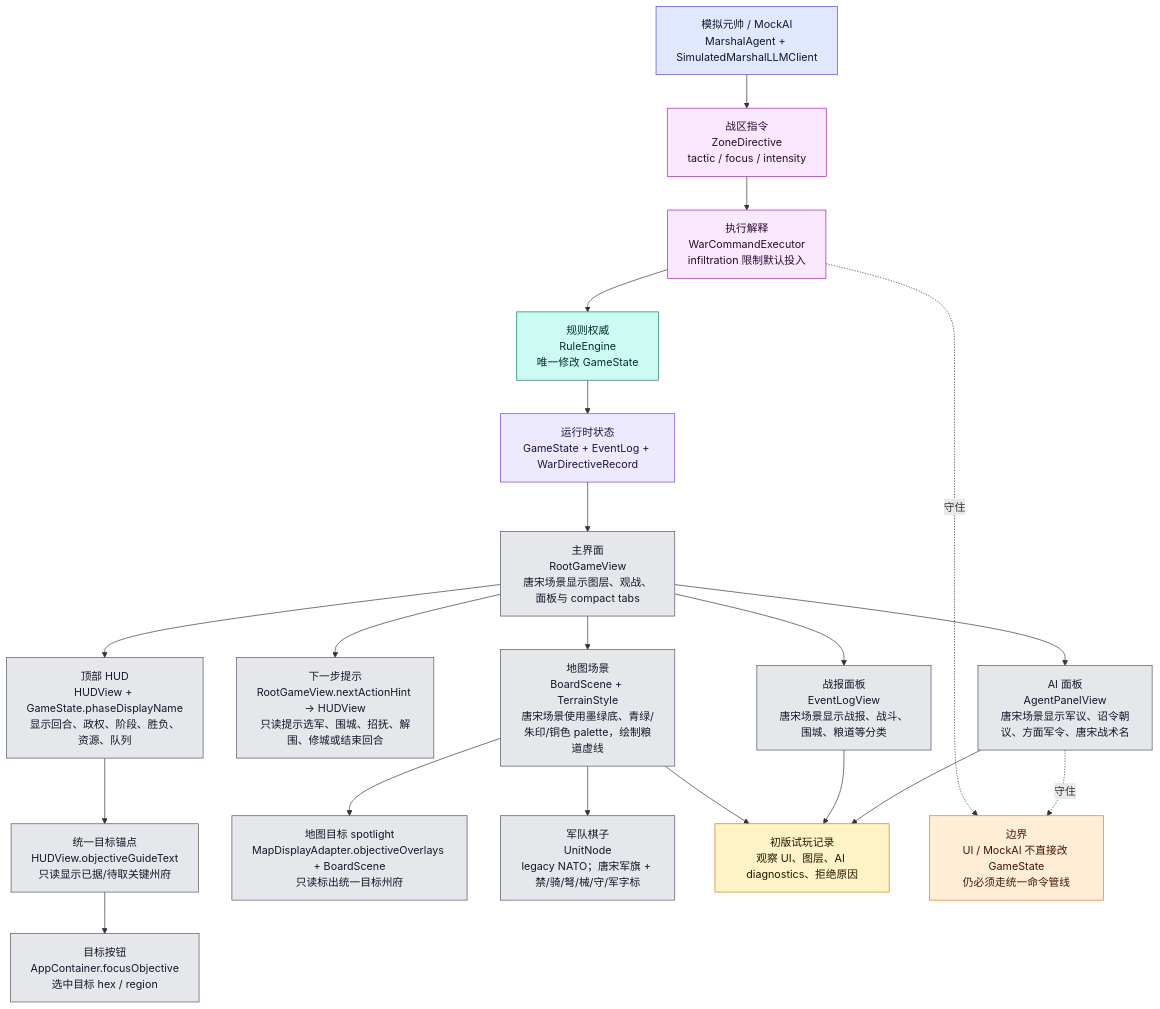
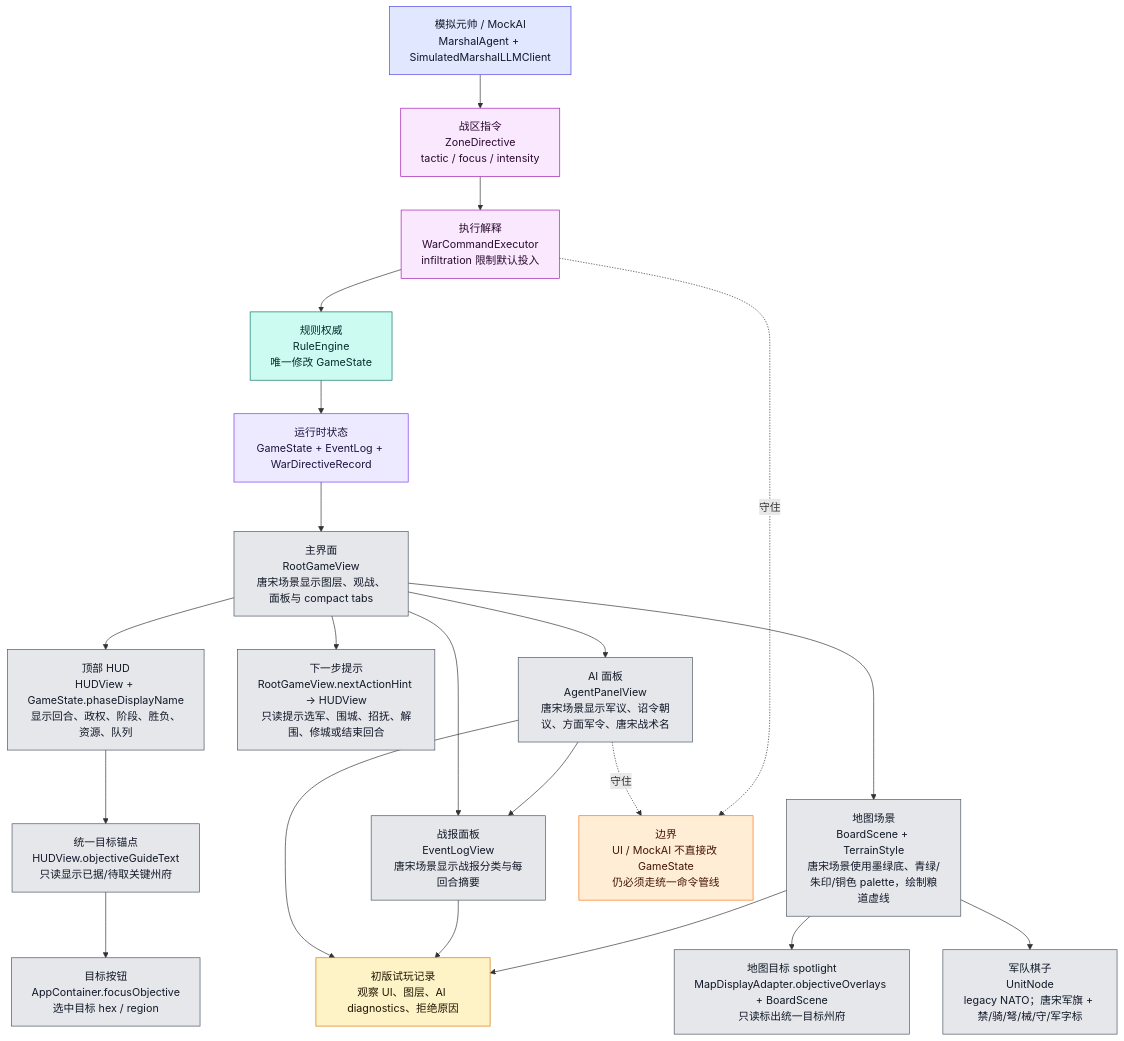
Before and after one commit to Altman-sam114/125: the tenth of 12 diagrams in md/flow/flowchart.md, drawn with Mermaid. The commit also changed other lines of this file and 8 other files, not shown here.

````diff
--- a/md/flow/flowchart.md
+++ b/md/flow/flowchart.md
@@ -541,45 +544,46 @@
 ```mermaid
 flowchart TD
     STATE["运行时状态<br/>GameState + EventLog + WarDirectiveRecord"]:::state
     ROOT["主界面<br/>RootGameView<br/>唐宋场景显示图层、观战、面板与 compact tabs"]:::ui
     HUD["顶部 HUD<br/>HUDView + GameState.phaseDisplayName<br/>显示回合、政权、阶段、胜负、资源、队列"]:::ui
     GOAL["统一目标锚点<br/>HUDView.objectiveGuideText<br/>只读显示已据/待取关键州府"]:::ui
     FOCUS["目标按钮<br/>AppContainer.focusObjective<br/>选中目标 hex / region"]:::ui
     SPOTLIGHT["地图目标 spotlight<br/>MapDisplayAdapter.objectiveOverlays + BoardScene<br/>只读标出统一目标州府"]:::ui
     HINT["下一步提示<br/>RootGameView.nextActionHint -> HUDView<br/>只读提示选军、围城、招抚、解围、修城或结束回合"]:::ui
-    LOG["战报面板<br/>EventLogView<br/>唐宋场景显示战报、战斗、围城、粮道等分类"]:::ui
+    LOG["战报面板<br/>EventLogView<br/>唐宋场景显示战报分类与每回合摘要"]:::ui
     AIUI["AI 面板<br/>AgentPanelView<br/>唐宋场景显示军议、诏令朝议、方面军令、唐宋战术名"]:::ui
     BOARD["地图场景<br/>BoardScene + TerrainStyle<br/>唐宋场景使用墨绿底、青绿/朱印/铜色 palette，绘制粮道虚线"]:::ui
     UNIT["军队棋子<br/>UnitNode<br/>legacy NATO；唐宋军旗 + 禁/骑/弩/械/守/军字标"]:::ui
     MARSHAL["模拟元帅 / MockAI<br/>MarshalAgent + SimulatedMarshalLLMClient"]:::ai
     ZD["战区指令<br/>ZoneDirective<br/>tactic / focus / intensity"]:::command
     WCE["执行解释<br/>WarCommandExecutor<br/>infiltration 限制默认投入"]:::command
     RULE["规则权威<br/>RuleEngine<br/>唯一修改 GameState"]:::rules
     PLAYTEST["初版试玩记录<br/>观察 UI、图层、AI diagnostics、拒绝原因"]:::doc
 
     STATE --> ROOT
     ROOT --> HUD
     HUD --> GOAL --> FOCUS
     BOARD --> SPOTLIGHT
     ROOT --> HINT
     ROOT --> LOG
     ROOT --> AIUI
+    AIUI --> LOG
     ROOT --> BOARD
     BOARD --> UNIT
     MARSHAL --> ZD --> WCE --> RULE --> STATE
     AIUI --> PLAYTEST
     LOG --> PLAYTEST
     BOARD --> PLAYTEST
 
     WARN["边界<br/>UI / MockAI 不直接改 GameState<br/>仍必须走统一命令管线"]:::warn
     AIUI -.守住.-> WARN
     WCE -.守住.-> WARN
 
     classDef state fill:#ede9fe,stroke:#7c3aed,color:#1f143d
     classDef ui fill:#e5e7eb,stroke:#4b5563,color:#111827
     classDef ai fill:#e0e7ff,stroke:#4f46e5,color:#111827
     classDef command fill:#fae8ff,stroke:#a21caf,color:#2a0a2f
     classDef rules fill:#ccfbf1,stroke:#0f766e,color:#042f2e
     classDef doc fill:#fef3c7,stroke:#d97706,color:#1f1600
     classDef warn fill:#ffedd5,stroke:#f97316,color:#431407
 ```
````
